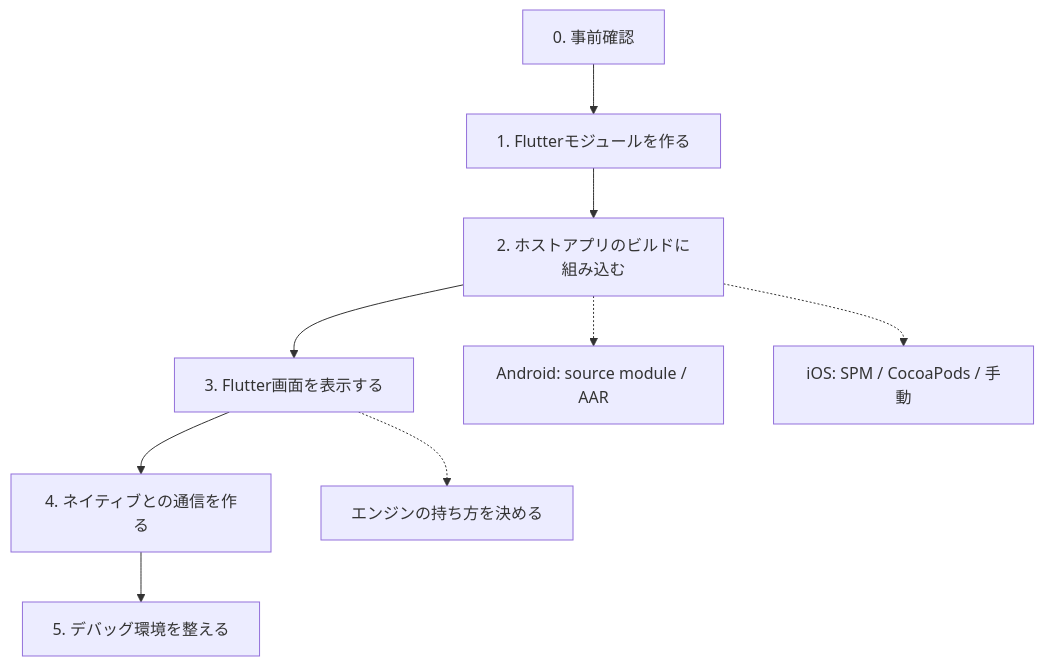
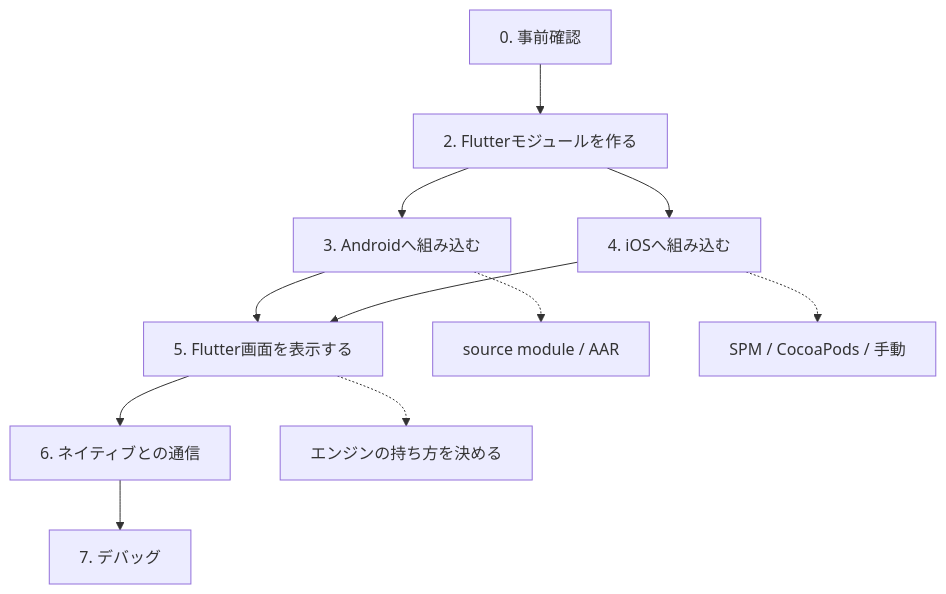
One commit to HiroshiOshiro/flutter-add-to-app-poc3 changed the diagram in docs/MIGRATION_GUIDE.md. Above: the diagram before and after it, drawn with Mermaid. The commit also changed other lines of this file and 1 other file, not shown here.

````diff
--- a/docs/MIGRATION_GUIDE.md
+++ b/docs/MIGRATION_GUIDE.md
@@ -72,12 +132,14 @@
 ```mermaid
 flowchart TB
-    A["0. 事前確認"] --> B["1. Flutterモジュールを作る"]
-    B --> C["2. ホストアプリのビルドに組み込む"]
-    C --> D["3. Flutter画面を表示する"]
-    D --> E["4. ネイティブとの通信を作る"]
-    E --> F["5. デバッグ環境を整える"]
+    A["0. 事前確認"] --> B["2. Flutterモジュールを作る"]
+    B --> C["3. Androidへ組み込む"]
+    B --> D["4. iOSへ組み込む"]
+    C --> E["5. Flutter画面を表示する"]
+    D --> E
+    E --> F["6. ネイティブとの通信"]
+    F --> G["7. デバッグ"]
 
-    C -.-> C1["Android: source module / AAR"]
-    C -.-> C2["iOS: SPM / CocoaPods / 手動"]
-    D -.-> D1["エンジンの持ち方を決める"]
+    C -.-> C1["source module / AAR"]
+    D -.-> D1["SPM / CocoaPods / 手動"]
+    E -.-> E1["エンジンの持ち方を決める"]
 ```
````
